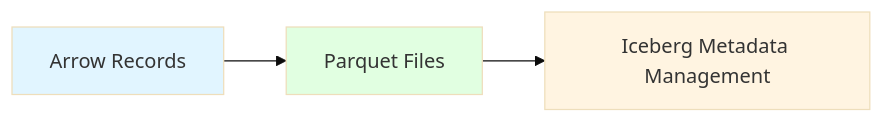
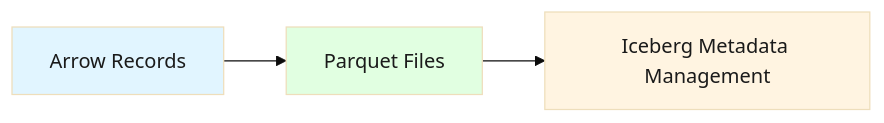
The second of 2 diagrams in blog/2025-12-18-olake-now-an-arrow-based-iceberg-ingestion-tool.mdx (datazip-inc/olake-docs), drawn with Mermaid (base theme) before and after one commit. The commit also changed other lines of this file and 78 other files, not shown here.

````diff
--- a/blog/2025-12-18-olake-now-an-arrow-based-iceberg-ingestion-tool.mdx
+++ b/blog/2025-12-18-olake-now-an-arrow-based-iceberg-ingestion-tool.mdx
@@ -66,9 +66,9 @@
 ```mermaid
 graph LR
     A[Arrow Records] --> B[Parquet Files]
     B --> C[Iceberg Metadata Management]
 
-    style A fill:#e1f5ff
-    style B fill:#e1ffe1
-    style C fill:#fff4e1
+    style A fill:#e1f5ff,color:#1a1a1a
+    style B fill:#e1ffe1,color:#1a1a1a
+    style C fill:#fff4e1,color:#1a1a1a
 ```
````
